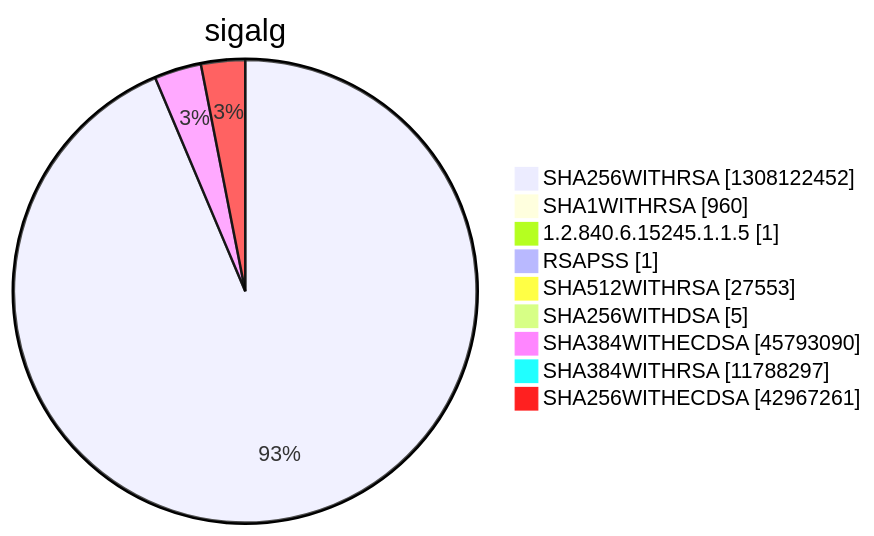
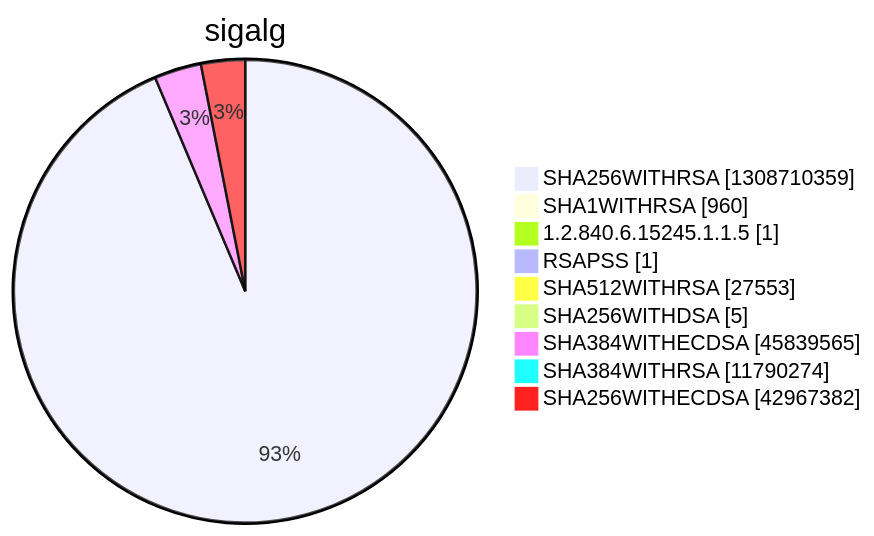
One commit to christiankrug/ctmonitor_visualization changed diagram 15 of 15 in argon2022/README.md. Above: the diagram before and after it, drawn with Mermaid. The commit also changed other lines of this file, not shown here.

````diff
--- a/argon2022/README.md
+++ b/argon2022/README.md
@@ -5523,13 +5523,13 @@
 ```mermaid
 pie showData
 title sigalg
-"SHA256WITHRSA" :1308122452
+"SHA256WITHRSA" :1308710359
 "SHA1WITHRSA" :960
 "1.2.840.6.15245.1.1.5" :1
 "RSAPSS" :1
 "SHA512WITHRSA" :27553
 "SHA256WITHDSA" :5
-"SHA384WITHECDSA" :45793090
-"SHA384WITHRSA" :11788297
-"SHA256WITHECDSA" :42967261
+"SHA384WITHECDSA" :45839565
+"SHA384WITHRSA" :11790274
+"SHA256WITHECDSA" :42967382
 ```
````
